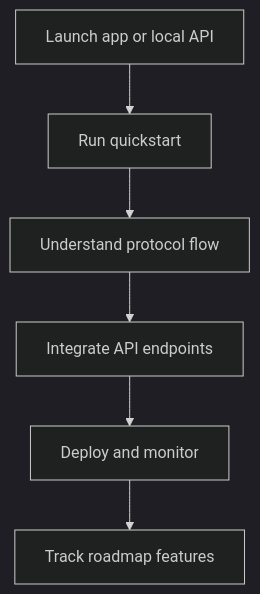
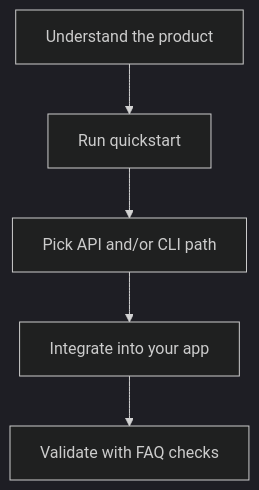
Before and after one commit to specter-privacy/docs: the diagram in getting-started/choose-your-path.mdx, drawn with Mermaid (dark theme). The commit also changed other lines of this file and 51 other files, not shown here.

````diff
--- a/getting-started/choose-your-path.mdx
+++ b/getting-started/choose-your-path.mdx
@@ -36,8 +23,7 @@
 ```mermaid
 flowchart TD
-    A["Launch app or local API"] --> B["Run quickstart"]
-    B --> C["Understand protocol flow"]
-    C --> D["Integrate API endpoints"]
-    D --> E["Deploy and monitor"]
-    E --> F["Track roadmap features"]
+    A["Understand the product"] --> B["Run quickstart"]
+    B --> C["Pick API and/or CLI path"]
+    C --> D["Integrate into your app"]
+    D --> E["Validate with FAQ checks"]
 ```
````
